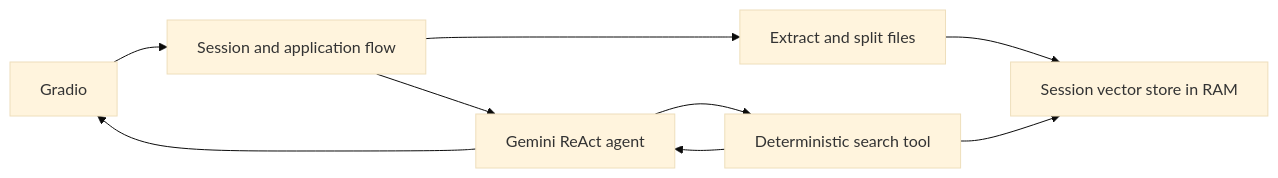
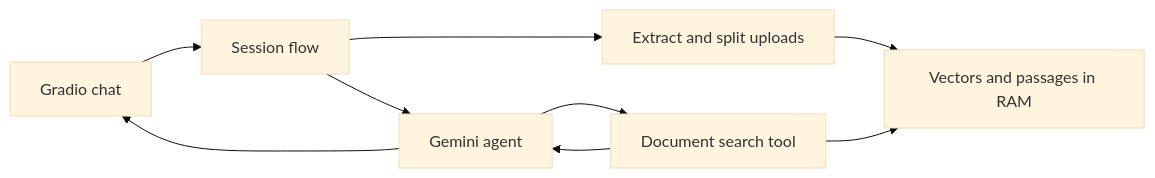
One commit to rTiagoS/folio-agentic-rag changed the diagram in README.md. Above: the diagram before and after it, drawn with Mermaid (base theme). The commit also changed other lines of this file and 12 other files, not shown here.

First line of the commit message:
feat: refine Folio document chat experience

````diff
--- a/README.md
+++ b/README.md
@@ -25,11 +32,11 @@
 ```mermaid
 flowchart LR
-    UI[Gradio] --> Engine[Session and application flow]
-    Engine --> Ingest[Extract and split files]
-    Ingest --> Index[Session vector store in RAM]
-    Engine --> Agent[Gemini ReAct agent]
-    Agent --> Search[Deterministic search tool]
+    UI[Gradio chat] --> Engine[Session flow]
+    Engine --> Ingest[Extract and split uploads]
+    Ingest --> Index[Vectors and passages in RAM]
+    Engine --> Agent[Gemini agent]
+    Agent --> Search[Document search tool]
     Search --> Index
     Search --> Agent
     Agent --> UI
 ```
````
